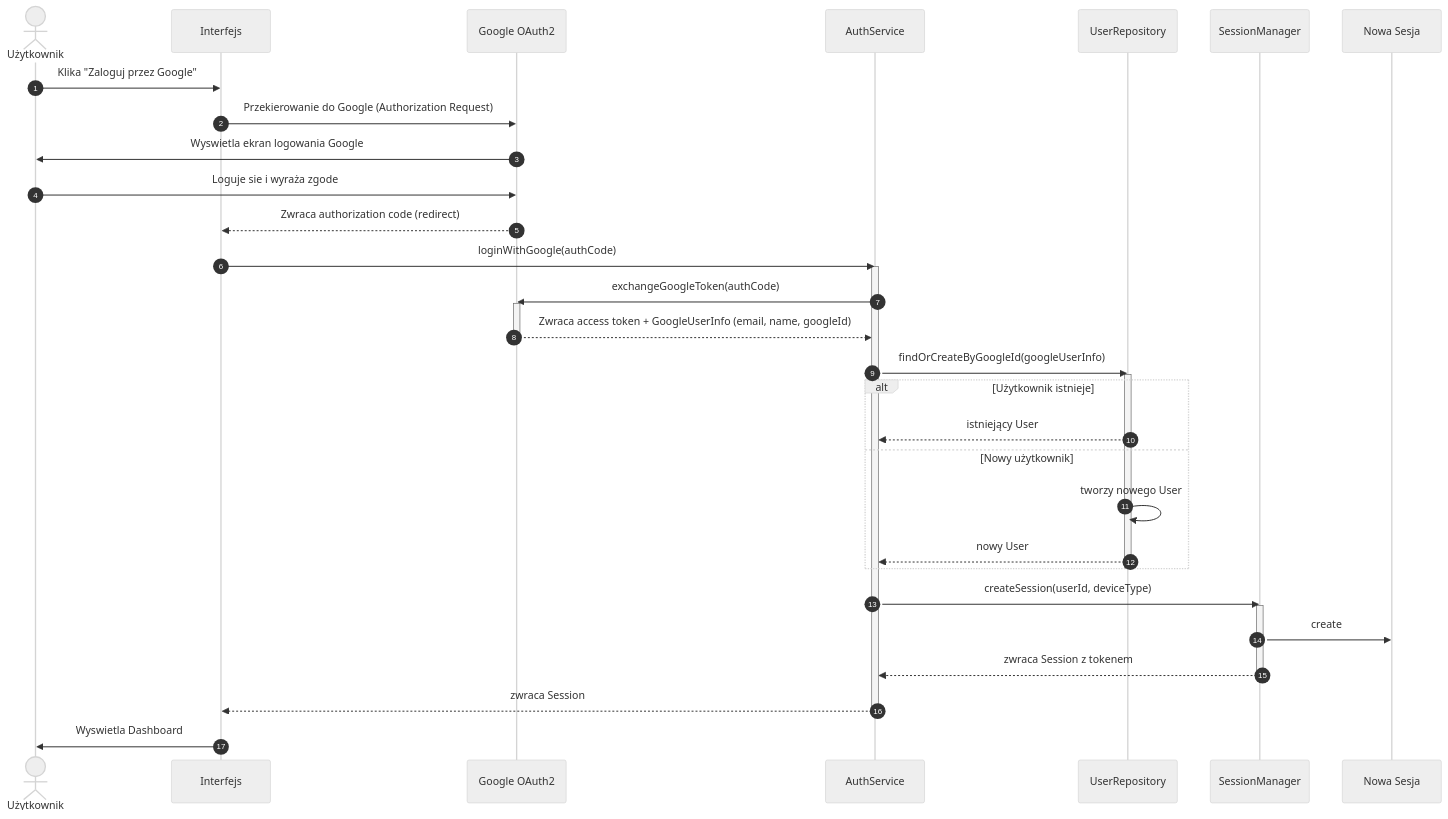
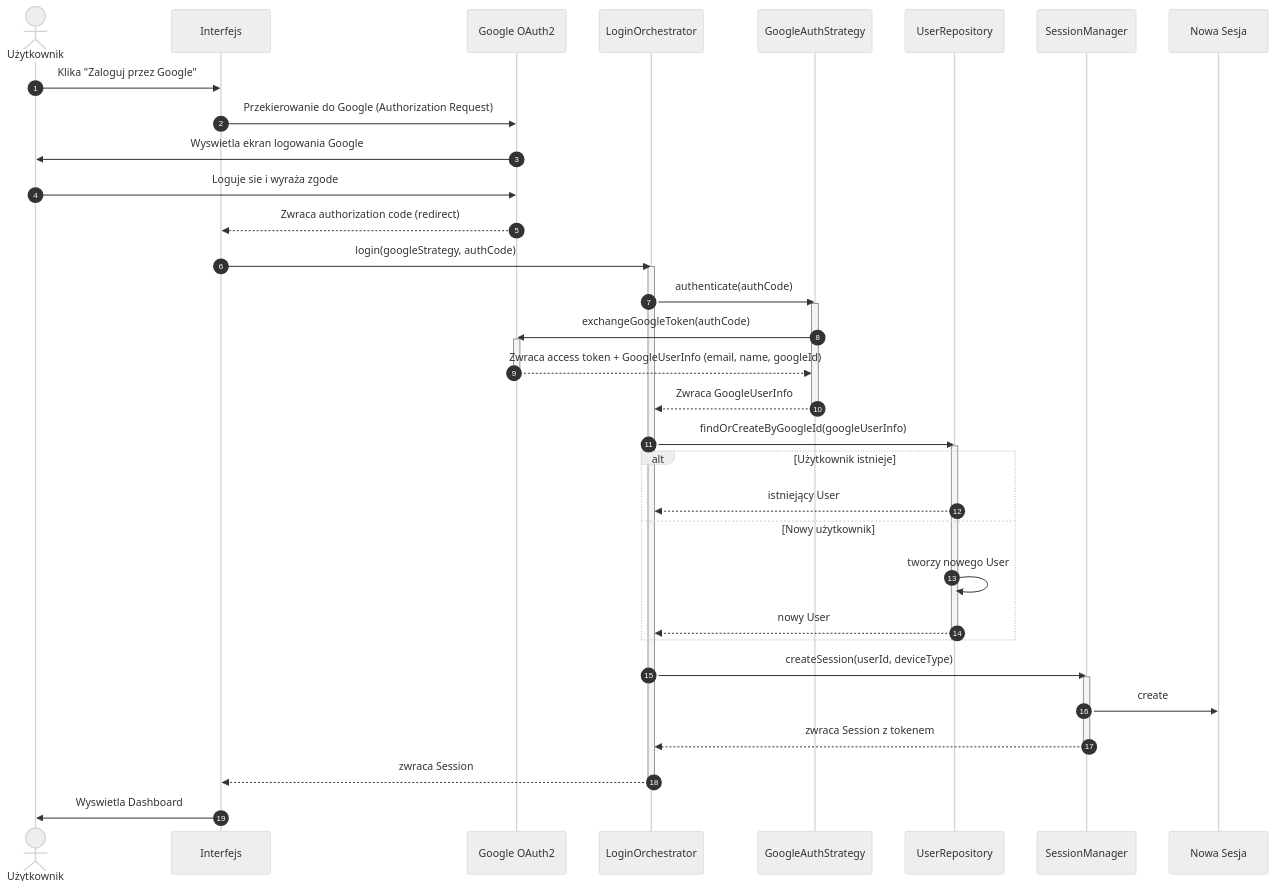
One commit to IO-2026-Pryncypalki/Grimoire_MTG changed the first of 7 diagrams in docs/zadanie4/diagramSekwencji.md. Above: the diagram before and after it, drawn with Mermaid (neutral theme). The commit also changed other lines of this file and 1 other file, not shown here.

Commit message:
Fixed sequence diagram and project description

````diff
--- a/docs/zadanie4/diagramSekwencji.md
+++ b/docs/zadanie4/diagramSekwencji.md
@@ -5,46 +5,51 @@
 ```mermaid
 sequenceDiagram
     autonumber
     actor U as Użytkownik
     participant UI as Interfejs
     participant G as Google OAuth2
-    participant AS as AuthService
+    participant LO as LoginOrchestrator
+    participant GAS as GoogleAuthStrategy
     participant UR as UserRepository
     participant SM as SessionManager
     participant S as Nowa Sesja
 
     U->>UI: Klika "Zaloguj przez Google"
     UI->>G: Przekierowanie do Google (Authorization Request)
     G->>U: Wyswietla ekran logowania Google
     U->>G: Loguje sie i wyraża zgode
     G-->>UI: Zwraca authorization code (redirect)
 
-    UI->>AS: loginWithGoogle(authCode)
-    activate AS
+    UI->>LO: login(googleStrategy, authCode)
+    activate LO
 
-    AS->>G: exchangeGoogleToken(authCode)
+    LO->>GAS: authenticate(authCode)
+    activate GAS
+    GAS->>G: exchangeGoogleToken(authCode)
     activate G
-    G-->>AS: Zwraca access token + GoogleUserInfo (email, name, googleId)
+    G-->>GAS: Zwraca access token + GoogleUserInfo (email, name, googleId)
     deactivate G
+    GAS-->>LO: Zwraca GoogleUserInfo
+    deactivate GAS
 
-    AS->>UR: findOrCreateByGoogleId(googleUserInfo)
+    LO->>UR: findOrCreateByGoogleId(googleUserInfo)
     activate UR
 
     alt Użytkownik istnieje
-        UR-->>AS: istniejący User
+        UR-->>LO: istniejący User
     else Nowy użytkownik
         UR->>UR: tworzy nowego User
-        UR-->>AS: nowy User
+        UR-->>LO: nowy User
     end
     deactivate UR
 
-    AS->>SM: createSession(userId, deviceType)
+    LO->>SM: createSession(userId, deviceType)
     activate SM
     SM->>S: create
-    SM-->>AS: zwraca Session z tokenem
+    SM-->>LO: zwraca Session z tokenem
     deactivate SM
 
-    AS-->>UI: zwraca Session
-    deactivate AS
+    LO-->>UI: zwraca Session
+    deactivate LO
     UI->>U: Wyswietla Dashboard
 ```
````
